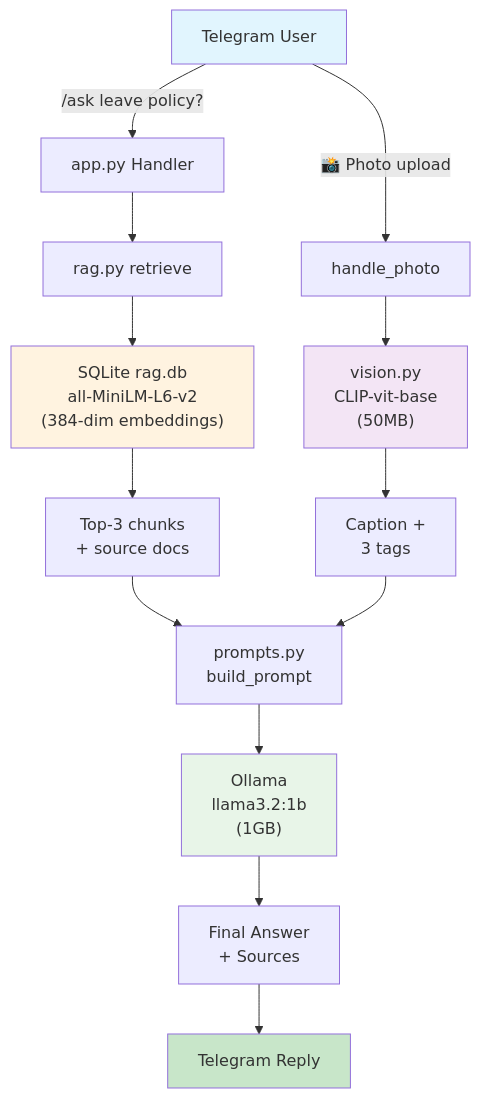
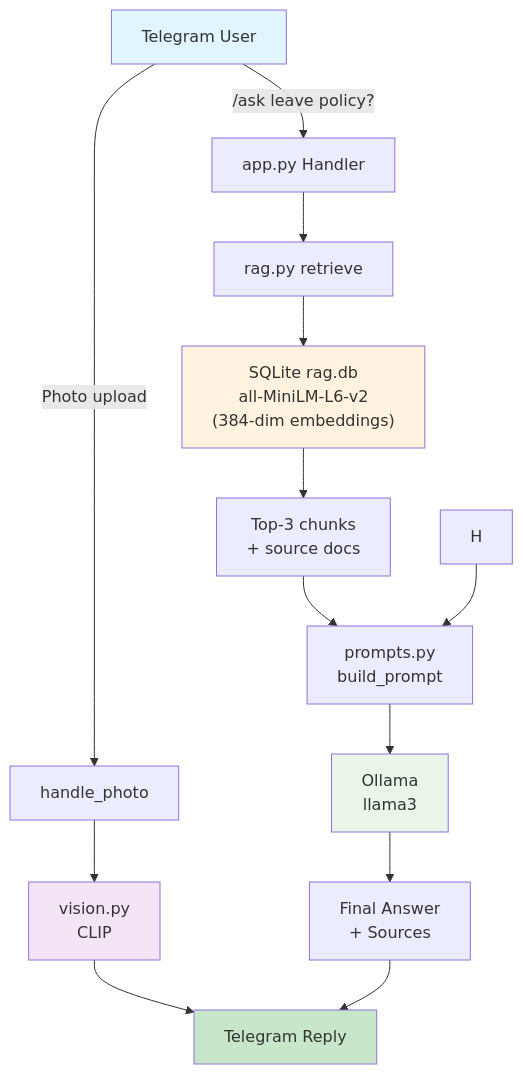
The diagram in README.md (sheiksyedmk/telegram-rag-vision-bot), drawn with Mermaid before and after one commit. The commit also changed other lines of this file and 1 other file, not shown here.

````diff
--- a/README.md
+++ b/README.md
@@ -131,26 +131,26 @@
 ```mermaid
 graph TD
     A[Telegram User] -->|"/ask leave policy?"| B[app.py Handler]
-    A -->|"📸 Photo upload"| C[handle_photo]
+    A -->|"Photo upload"| C[handle_photo]
     
     B --> D[rag.py retrieve]
     D --> E["SQLite rag.db<br/>all-MiniLM-L6-v2<br/>(384-dim embeddings)"]
     E --> F["Top-3 chunks<br/>+ source docs"]
     
-    C --> G["vision.py<br/>CLIP-vit-base<br/>(50MB)"]
-    G --> H["Caption +<br/>3 tags"]
+    C --> G["vision.py<br/>CLIP"]
+    G --> L["Caption +<br/>3 tags"]
     
     F --> I[prompts.py<br/>build_prompt]
     H --> I
-    I --> J["Ollama<br/>llama3.2:1b<br/>(1GB)"]
+    I --> J["Ollama<br/>llama3"]
     J --> K["Final Answer<br/>+ Sources"]
     
     K --> L[Telegram Reply]
     
     style A fill:#e1f5fe
     style L fill:#c8e6c9
     style E fill:#fff3e0
     style G fill:#f3e5f5
     style J fill:#e8f5e8
 
 ```
````
